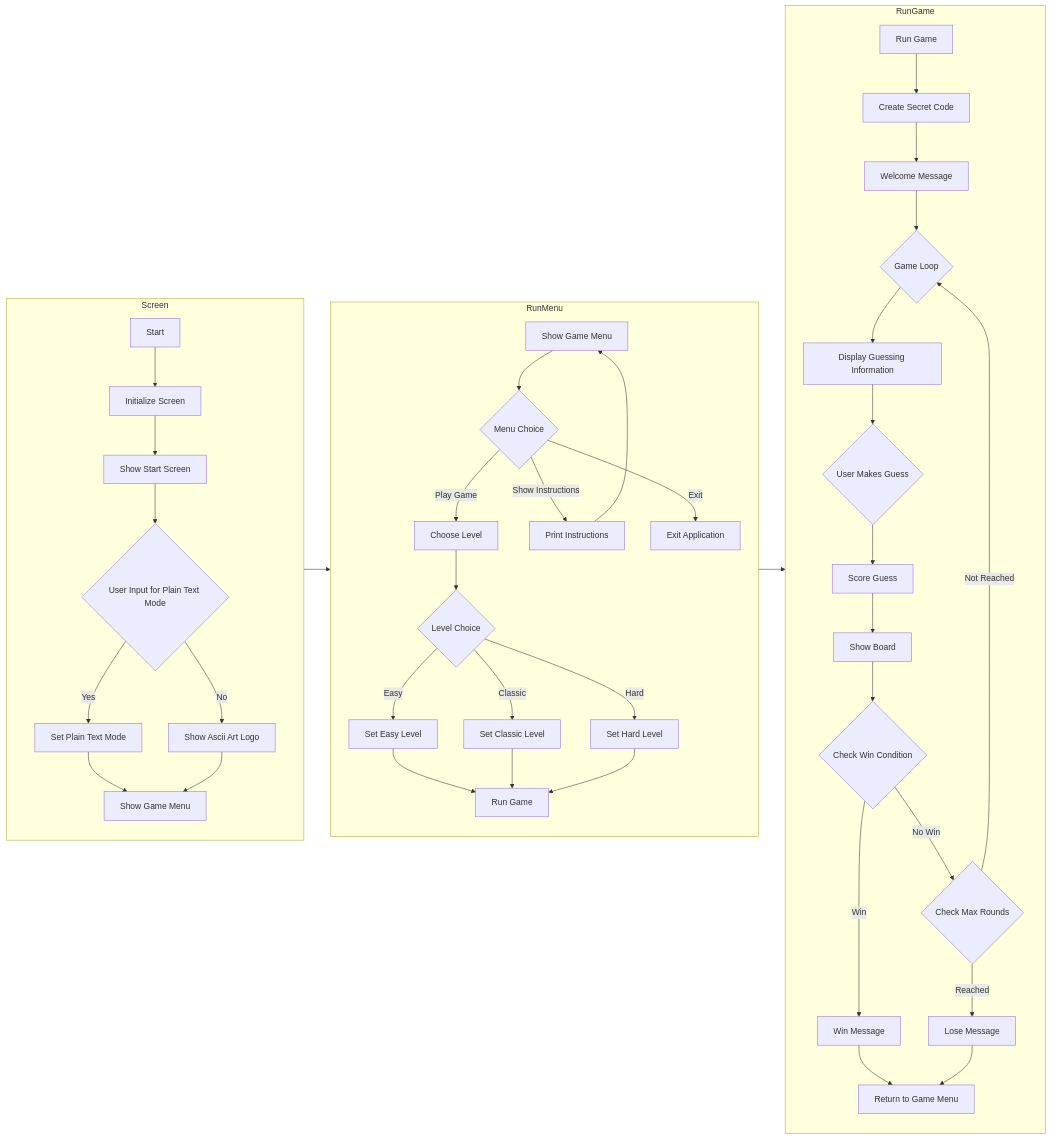
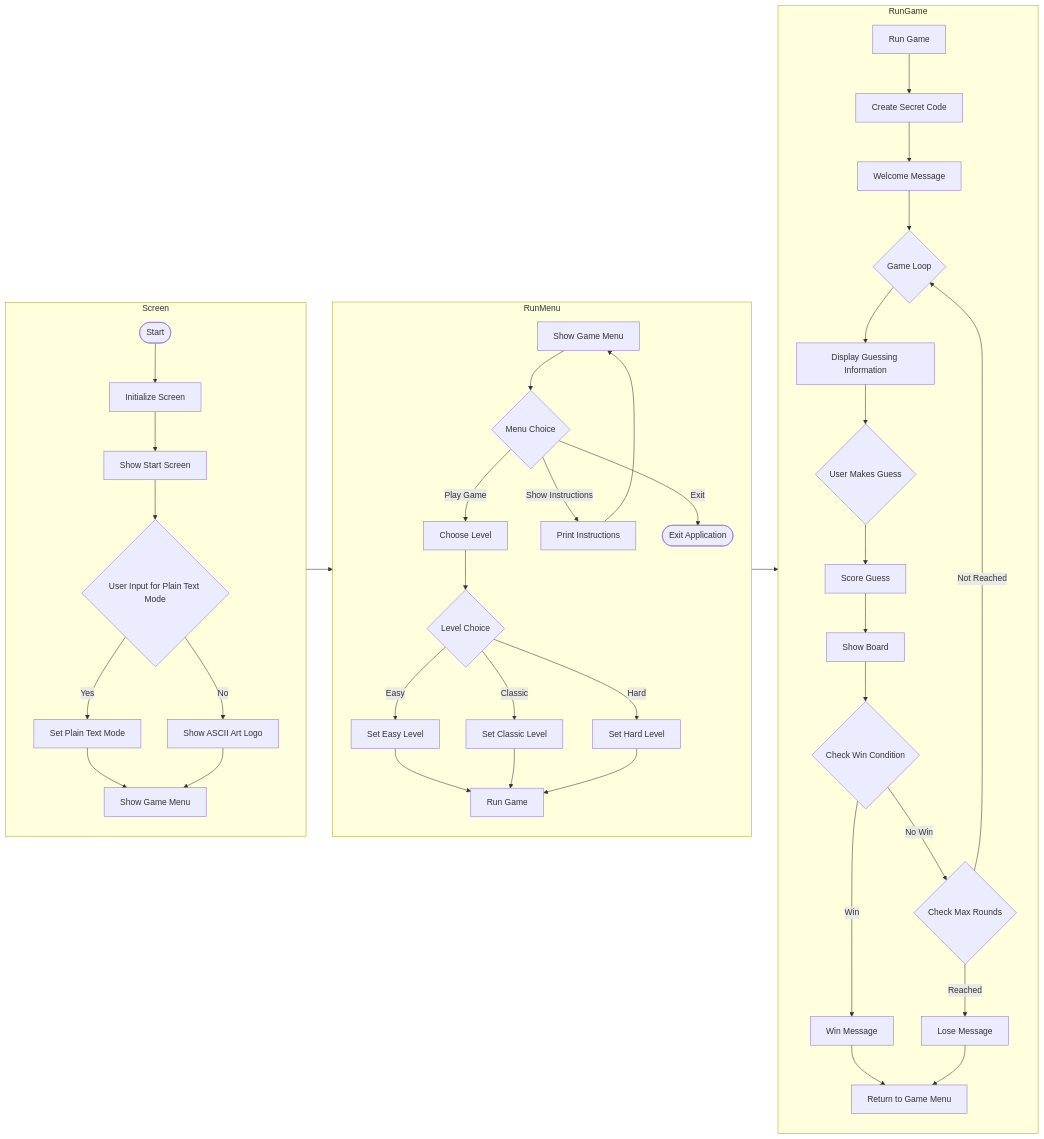
Before and after one commit to theresaabl/mastermind: the diagram in README.md, drawn with Mermaid. The commit also changed other lines of this file and 1 other file, not shown here.

````diff
--- a/README.md
+++ b/README.md
@@ -105,44 +105,44 @@
 ```mermaid
 flowchart LR
 subgraph Screen
-    A1[Start] --> B1[Initialize Screen]
+    A1([Start]) --> B1[Initialize Screen]
     B1 --> C1[Show Start Screen]
     C1 --> D1{User Input for Plain Text Mode}
     D1 -->|Yes| E1[Set Plain Text Mode]
-    D1 -->|No| F1[Show Ascii Art Logo]
+    D1 -->|No| F1[Show ASCII Art Logo]
     E1 --> G1[Show Game Menu]
     F1 --> G1
 end
 subgraph RunMenu
     A2[Show Game Menu] --> B2{Menu Choice}
     B2 -->|Play Game| C2[Choose Level]
     B2 -->|Show Instructions| D2[Print Instructions]
     D2 --> A2
-    B2 -->|Exit| E2[Exit Application]
+    B2 -->|Exit| E2([Exit Application])
     C2 --> F2{Level Choice}
     F2 -->|Easy| G2[Set Easy Level]
     F2 -->|Classic| H2[Set Classic Level]
     F2 -->|Hard| I2[Set Hard Level]
     G2 --> J2[Run Game]
     H2 --> J2
     I2 --> J2
 end
 subgraph RunGame
  A3[Run Game] --> B3[Create Secret Code]
     B3 --> C3[Welcome Message]
     C3 --> D3{Game Loop}
     D3 --> E3[Display Guessing Information]
     E3 --> F3{User Makes Guess}
     F3 --> G3[Score Guess]
     G3 --> H3[Show Board]
     H3 --> I3{Check Win Condition}
     I3 -->|Win| J3[Win Message]
     I3 -->|No Win| K3{Check Max Rounds}
     K3 -->|Reached| L3[Lose Message]
     K3 -->|Not Reached| D3
     J3 --> M3[Return to Game Menu]
     L3 --> M3
 end
     Screen --> RunMenu
     RunMenu --> RunGame
 ```
````
